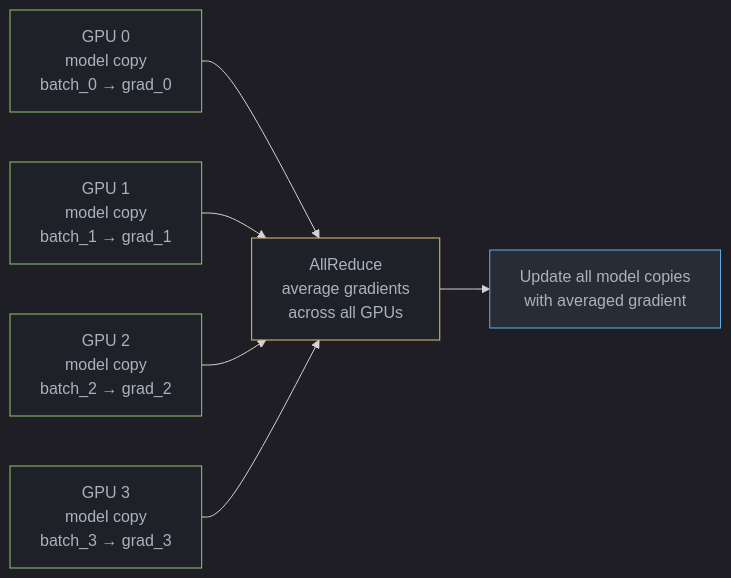
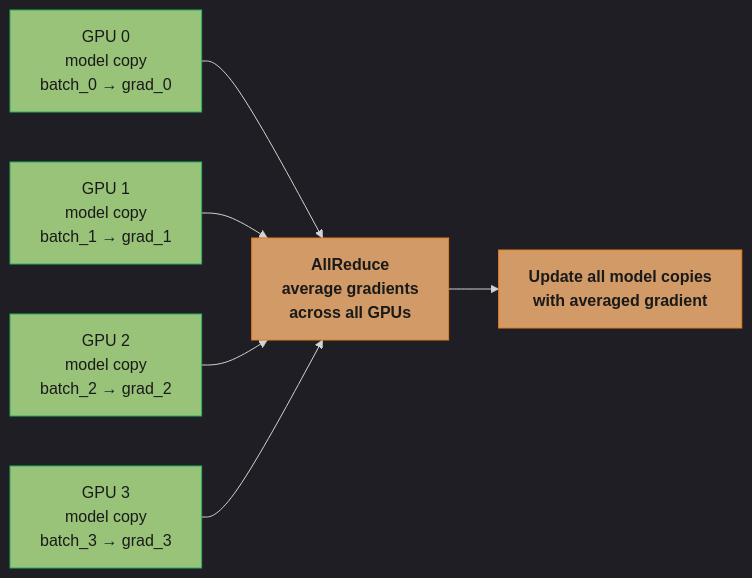
Before and after one commit to rppol/system-design: the diagram in src/main/java/com/rutik/systemdesign/llm/training_infrastructure/README.md, drawn with Mermaid. The commit also changed 88 other files, not shown here.

````diff
--- a/src/main/java/com/rutik/systemdesign/llm/training_infrastructure/README.md
+++ b/src/main/java/com/rutik/systemdesign/llm/training_infrastructure/README.md
@@ -42,20 +42,23 @@
 ```mermaid
 %%{init: {'flowchart': {'curve': 'basis'}, 'theme': 'dark'}}%%
 flowchart LR
-    classDef proc   fill:#1e2127,stroke:#98c379,color:#abb2bf
-    classDef decide fill:#1e2127,stroke:#e5c07b,color:#abb2bf
-    classDef io     fill:#282c34,stroke:#61afef,color:#abb2bf
+    classDef io      fill:#61afef,stroke:#2e86c1,color:#1a1a1a,font-weight:bold
+    classDef frozen  fill:#c678dd,stroke:#9b59b6,color:#fff
+    classDef train   fill:#98c379,stroke:#27ae60,color:#1a1a1a
+    classDef mathOp  fill:#d19a66,stroke:#e67e22,color:#1a1a1a,font-weight:bold
+    classDef lossN   fill:#e06c75,stroke:#c0392b,color:#fff,font-weight:bold
+    classDef req     fill:#56b6c2,stroke:#0097a7,color:#1a1a1a
+    classDef base    fill:#e5c07b,stroke:#f39c12,color:#1a1a1a
 
     G0["GPU 0\nmodel copy\nbatch_0 → grad_0"]
     G1["GPU 1\nmodel copy\nbatch_1 → grad_1"]
     G2["GPU 2\nmodel copy\nbatch_2 → grad_2"]
     G3["GPU 3\nmodel copy\nbatch_3 → grad_3"]
     AR["AllReduce\naverage gradients\nacross all GPUs"]
     UP["Update all model copies\nwith averaged gradient"]
 
     G0 & G1 & G2 & G3 --> AR --> UP
 
-    class G0,G1,G2,G3 proc
-    class AR decide
-    class UP io
+    class G0,G1,G2,G3 train
+    class AR,UP mathOp
 ```
````
